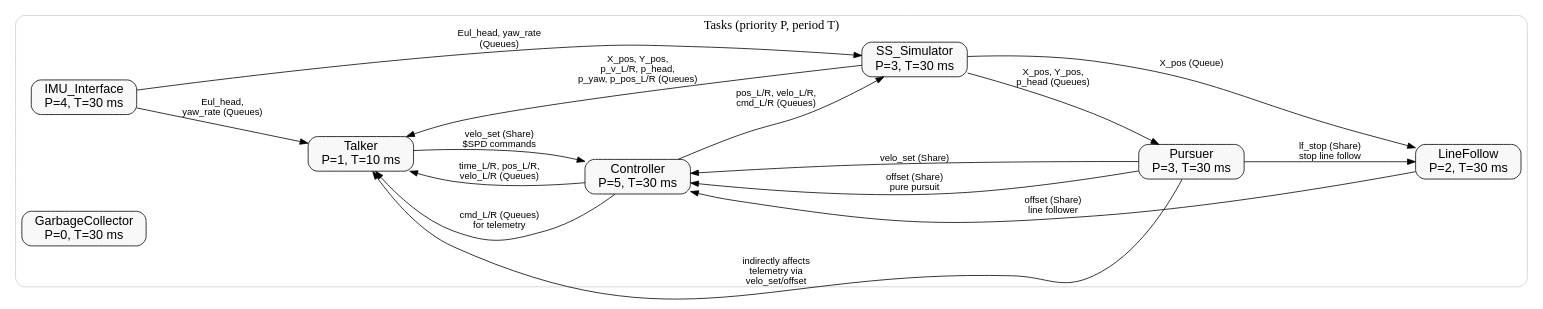
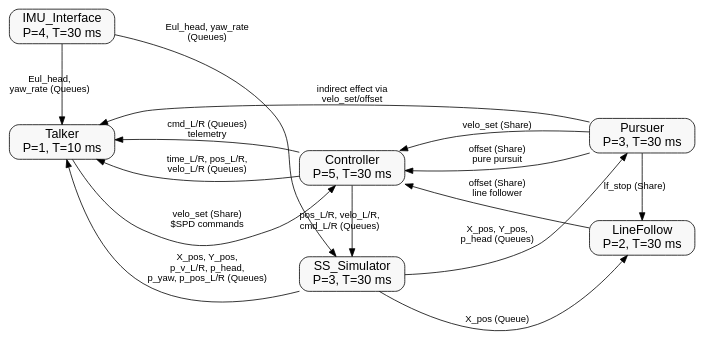
One commit to andrewthegr8/Term-Project-ME-405 changed the diagram in docs/source/main-program.rst. Above: the diagram before and after it, drawn with Graphviz. The commit also changed 6 other files, not shown here.

Commit message:
Enhance documentation and interactivity; add warnings for incomplete sections, improve IMU interface notes, and implement zoomable SVG graphs with CSS and JS

```diff
--- a/docs/source/main-program.rst
+++ b/docs/source/main-program.rst
@@ -52,65 +52,80 @@
 .. graphviz::
    :align: center
+   :class: zoomable-graph
 
    digraph firmware_arch {
      rankdir=LR;
-     fontsize=16;                 // global font size (bigger!)
-     nodesep="0.5";               // moderate spacing
-     ranksep="1.0 equally";       // modest vertical spread
+
+     // Overall font / spacing
+     fontsize=16;
+     nodesep="0.6";
+     ranksep="1.0 equally";
 
      node [
        shape=box,
        style="rounded,filled",
        fillcolor="#f8f8f8",
        fontname="Helvetica",
-       fontsize=16                // bigger node labels
+       fontsize=16
      ];
 
      edge [
        fontname="Helvetica",
-       fontsize=12                // bigger edge text
+       fontsize=12
      ];
 
      // =========================
-     // Task nodes
+     // Task nodes (Garbage removed)
      // =========================
      subgraph cluster_tasks {
        label = "Tasks (priority P, period T)";
        style = "rounded";
        color = "#cccccc";
 
        Talker        [label="Talker\nP=1, T=10 ms"];
        IMU_Interface [label="IMU_Interface\nP=4, T=30 ms"];
        Controller    [label="Controller\nP=5, T=30 ms"];
        LineFollow    [label="LineFollow\nP=2, T=30 ms"];
        Pursuer       [label="Pursuer\nP=3, T=30 ms"];
        SS_Simulator  [label="SS_Simulator\nP=3, T=30 ms"];
-       Garbage       [label="GarbageCollector\nP=0, T=30 ms"];
      }
 
      // =========================
-     // Shares / queues
+     // Column layout (reduces edge crossing)
+     // =========================
+     { rank = same; IMU_Interface; Talker; }
+     { rank = same; SS_Simulator; Controller; }
+     { rank = same; Pursuer; LineFollow; }
+
+     // =========================
+     // Shares / queues between tasks
      // =========================
 
+     // Speed commands
      Talker      -> Controller    [label="velo_set (Share)\n$SPD commands"];
      Pursuer     -> Controller    [label="velo_set (Share)"];
-     Controller  -> Talker        [label="cmd_L/R (Queues)\nfor telemetry"];
+     Controller  -> Talker        [label="cmd_L/R (Queues)\ntelemetry"];
 
+     // Offsets
      LineFollow  -> Controller    [label="offset (Share)\nline follower"];
      Pursuer     -> Controller    [label="offset (Share)\npure pursuit"];
 
-     Pursuer     -> LineFollow    [label="lf_stop (Share)\nstop line follow"];
+     // Line follower enable/disable
+     Pursuer     -> LineFollow    [label="lf_stop (Share)"];
 
+     // IMU to simulator & talker
      IMU_Interface -> SS_Simulator [label="Eul_head, yaw_rate\n(Queues)"];
      IMU_Interface -> Talker       [label="Eul_head,\nyaw_rate (Queues)"];
 
+     // Controller → others
      Controller  -> Talker        [label="time_L/R, pos_L/R,\nvelo_L/R (Queues)"];
      Controller  -> SS_Simulator  [label="pos_L/R, velo_L/R,\ncmd_L/R (Queues)"];
 
+     // State-space simulator outputs
      SS_Simulator -> Talker       [label="X_pos, Y_pos,\np_v_L/R, p_head,\np_yaw, p_pos_L/R (Queues)"];
      SS_Simulator -> LineFollow   [label="X_pos (Queue)"];
      SS_Simulator -> Pursuer      [label="X_pos, Y_pos,\np_head (Queues)"];
 
-     Pursuer     -> Talker        [label="indirectly affects\ntelemetry via\nvelo_set/offset"];
-
+     // Pursuer adjusting behavior
+     Pursuer     -> Talker        [label="indirect effect via\nvelo_set/offset"];
    }
```
